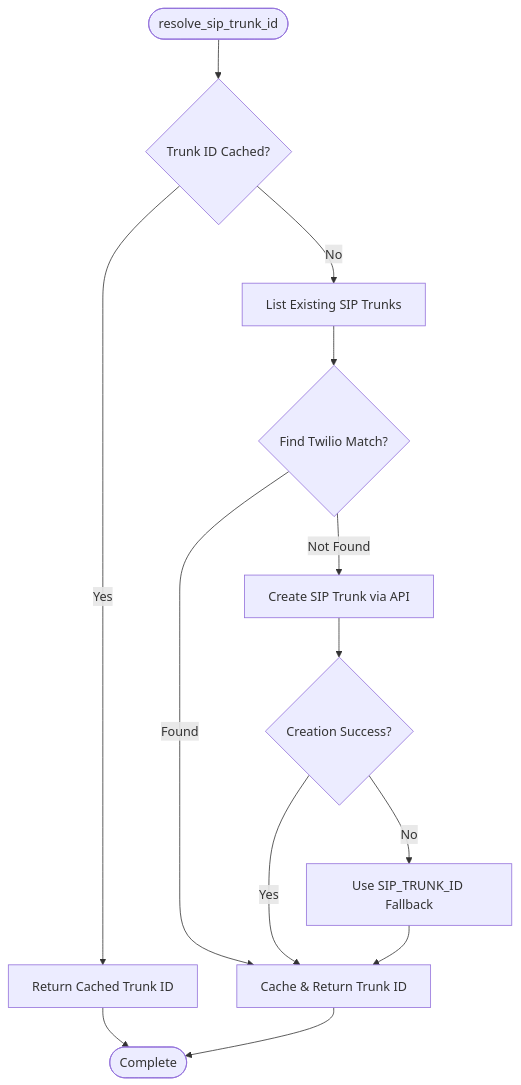
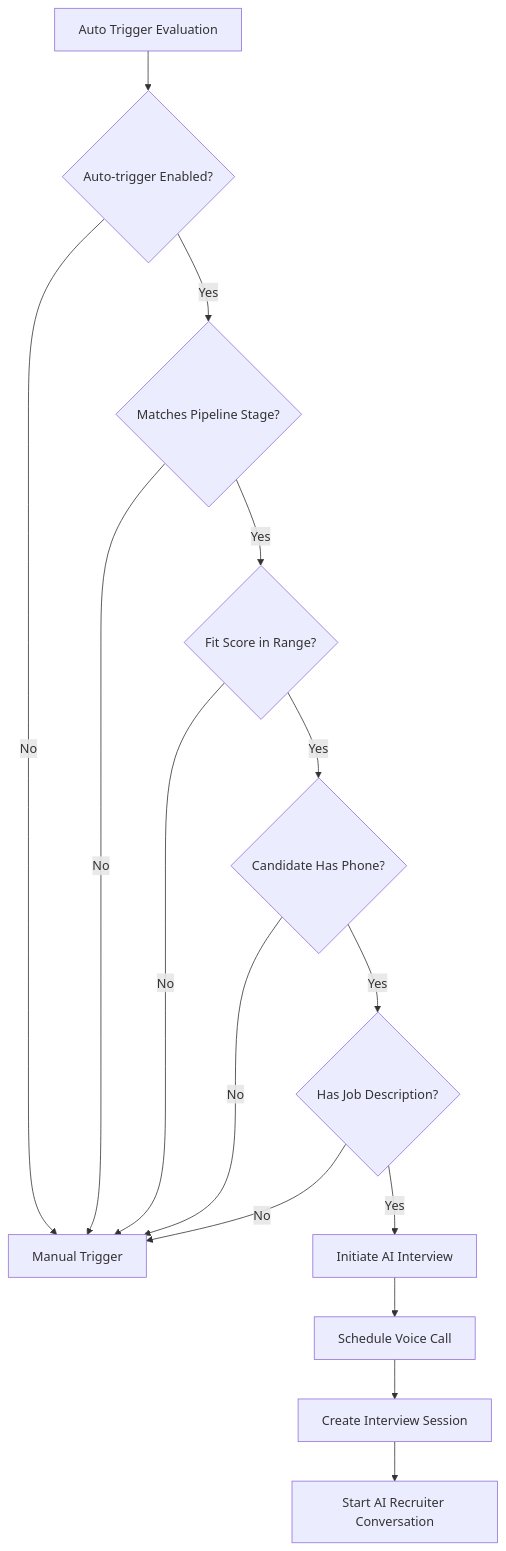
One commit to Revanththetalogics/aireume changed the ninth of 17 diagrams in .qoder/repowiki/en/content/Advanced Topics/Voice Agent Conversation System.md. Above: the diagram before and after it, drawn with Mermaid. The commit also changed other lines of this file and 47 other files, not shown here.

First line of the commit message:
feat: consolidate Phone Screening + AI Recruiter into unified AI Interview feature

````diff
--- a/.qoder/repowiki/en/content/Advanced Topics/Voice Agent Conversation System.md
+++ b/.qoder/repowiki/en/content/Advanced Topics/Voice Agent Conversation System.md
@@ -346,15 +441,17 @@
 ```mermaid
 flowchart TD
-Start([resolve_sip_trunk_id]) --> CheckCache{"Trunk ID Cached?"}
-CheckCache --> |Yes| ReturnCached["Return Cached Trunk ID"]
-CheckCache --> |No| ListTrunks["List Existing SIP Trunks"]
-ListTrunks --> FindMatch{"Find Twilio Match?"}
-FindMatch --> |Found| CacheAndReturn["Cache & Return Trunk ID"]
-FindMatch --> |Not Found| CreateTrunk["Create SIP Trunk via API"]
-CreateTrunk --> CreateSuccess{"Creation Success?"}
-CreateSuccess --> |Yes| CacheAndReturn
-CreateSuccess --> |No| EnvFallback["Use SIP_TRUNK_ID Fallback"]
-EnvFallback --> CacheAndReturn
-ReturnCached --> End([Complete])
-CacheAndReturn --> End
+AutoTrigger[Auto Trigger Evaluation] --> CheckEnabled{"Auto-trigger Enabled?"}
+CheckEnabled --> |No| ManualTrigger[Manual Trigger]
+CheckEnabled --> |Yes| CheckStage{"Matches Pipeline Stage?"}
+CheckStage --> |No| ManualTrigger
+CheckStage --> |Yes| CheckScore{"Fit Score in Range?"}
+CheckScore --> |No| ManualTrigger
+CheckScore --> |Yes| CheckPhone{"Candidate Has Phone?"}
+CheckPhone --> |No| ManualTrigger
+CheckPhone --> |Yes| CheckJD{"Has Job Description?"}
+CheckJD --> |No| ManualTrigger
+CheckJD --> |Yes| InitiateInterview[Initiate AI Interview]
+InitiateInterview --> ScheduleCall[Schedule Voice Call]
+ScheduleCall --> CreateSession[Create Interview Session]
+CreateSession --> StartConversation[Start AI Recruiter Conversation]
 ```
````
